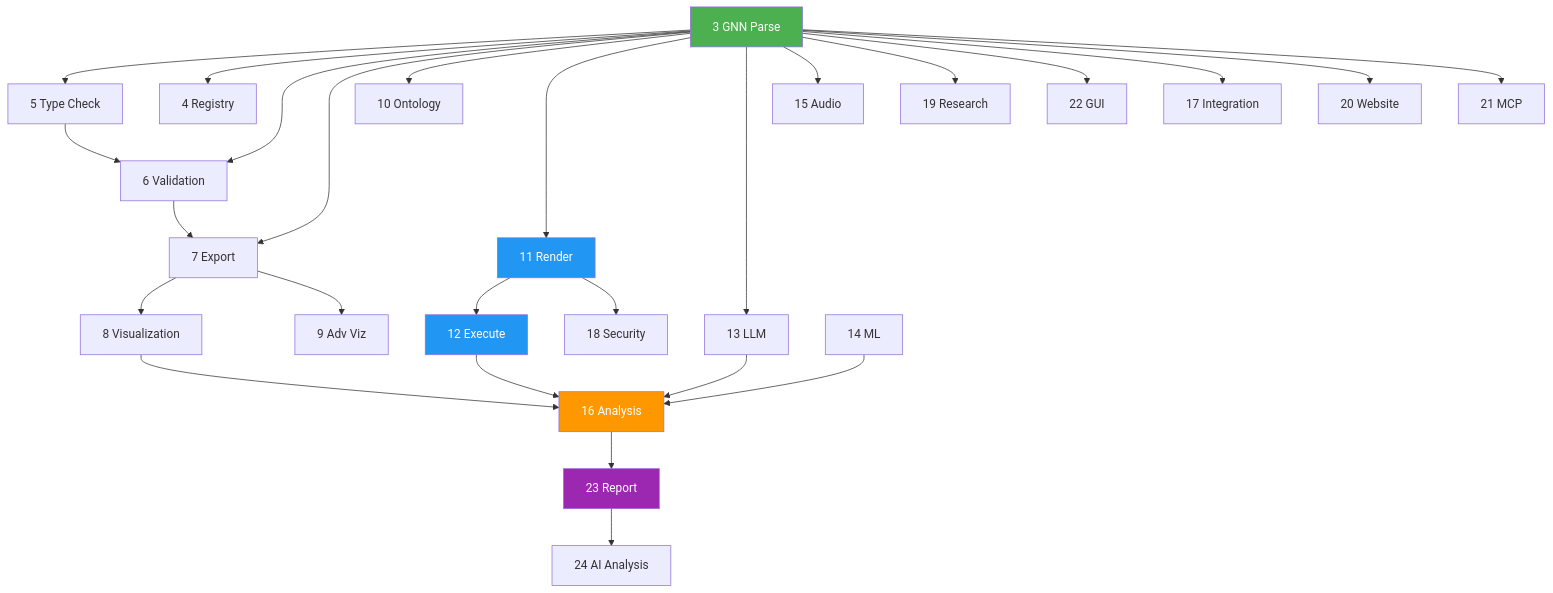
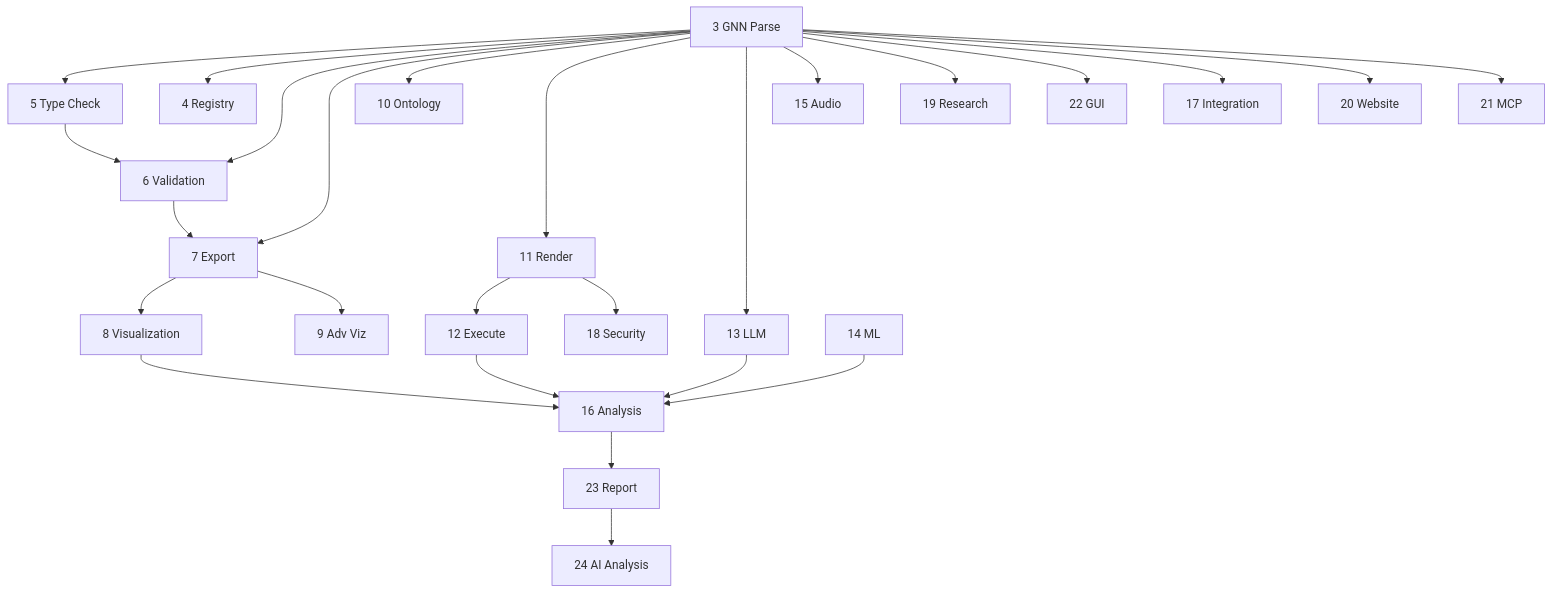
One commit to ActiveInferenceInstitute/GeneralizedNotationNotation changed the second of 2 diagrams in src/STEP_INDEX.md. Above: the diagram before and after it, drawn with Mermaid. The commit also changed 1038 other files, not shown here.

````diff
--- a/src/STEP_INDEX.md
+++ b/src/STEP_INDEX.md
@@ -125,40 +125,36 @@
 ```mermaid
 graph TD
     S3[3 GNN Parse] --> S5[5 Type Check]
     S3 --> S4[4 Registry]
     S3 --> S6[6 Validation]
     S3 --> S7[7 Export]
     S3 --> S10[10 Ontology]
     S3 --> S11[11 Render]
     S3 --> S13[13 LLM]
     S3 --> S15[15 Audio]
     S3 --> S19[19 Research]
     S3 --> S22[22 GUI]
 
     S5 --> S6
     S6 --> S7
     S7 --> S8[8 Visualization]
     S7 --> S9[9 Adv Viz]
 
     S11 --> S12[12 Execute]
     S11 --> S18[18 Security]
 
     S12 --> S16[16 Analysis]
     S8 --> S16
     S13 --> S16
 
     S16 --> S23[23 Report]
     S14[14 ML] --> S16
 
     S3 --> S17[17 Integration]
     S3 --> S20[20 Website]
     S3 --> S21[21 MCP]
 
     S23 --> S24[24 AI Analysis]
 
-    style S3 fill:#4CAF50,color:#fff
-    style S11 fill:#2196F3,color:#fff
-    style S12 fill:#2196F3,color:#fff
-    style S16 fill:#FF9800,color:#fff
-    style S23 fill:#9C27B0,color:#fff
+    %% styling intentionally omitted (theme-controlled)
 ```
````
